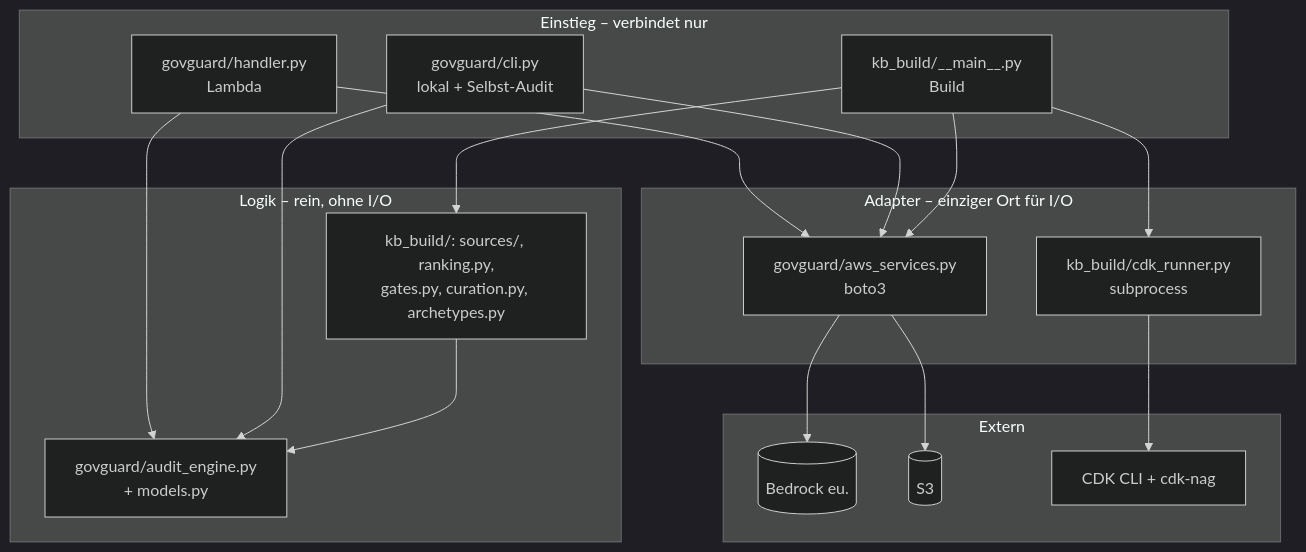
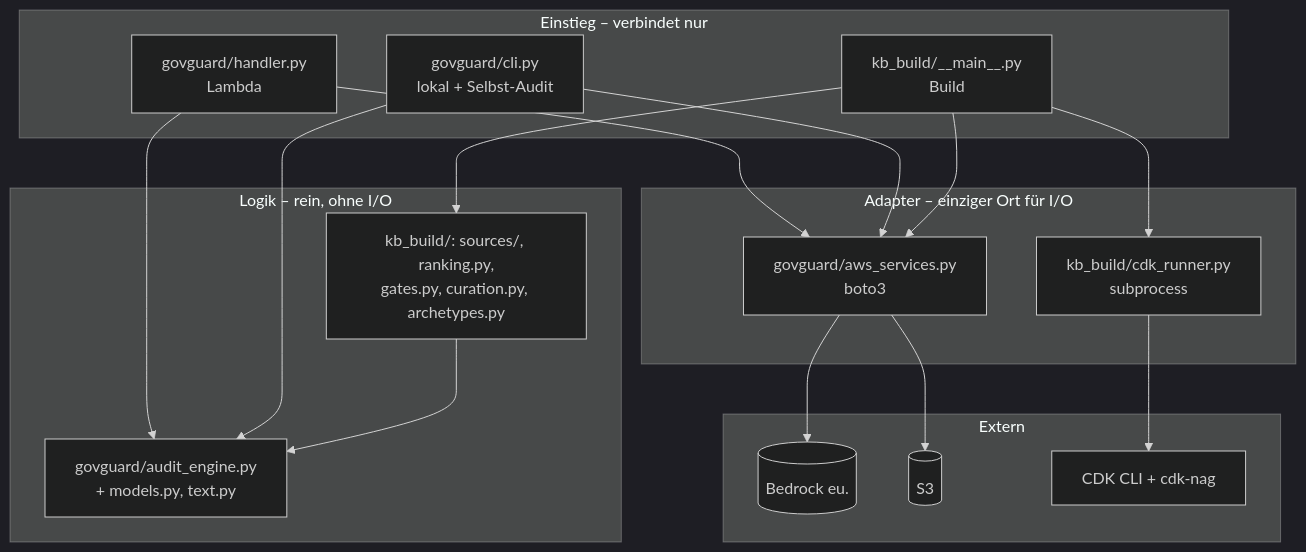
One commit to Daniel74/GovGuard changed the fourth of 4 diagrams in docs/ARCHITECTURE.md. Above: the diagram before and after it, drawn with Mermaid (dark theme). The commit also changed other lines of this file and 1 other file, not shown here.

````diff
--- a/docs/ARCHITECTURE.md
+++ b/docs/ARCHITECTURE.md
@@ -236,28 +236,28 @@
 ```mermaid
 flowchart TB
   subgraph E["Einstieg – verbindet nur"]
     H["govguard/handler.py<br/>Lambda"]
     C["govguard/cli.py<br/>lokal + Selbst-Audit"]
     M["kb_build/__main__.py<br/>Build"]
   end
   subgraph L["Logik – rein, ohne I/O"]
-    AE["govguard/audit_engine.py<br/>+ models.py"]
+    AE["govguard/audit_engine.py<br/>+ models.py, text.py"]
     KB["kb_build/: sources/, ranking.py,<br/>gates.py, curation.py, archetypes.py"]
   end
   subgraph A["Adapter – einziger Ort für I/O"]
     AWS["govguard/aws_services.py<br/>boto3"]
     CDK["kb_build/cdk_runner.py<br/>subprocess"]
   end
   subgraph X["Extern"]
     B[("Bedrock eu.")]
     S3[("S3")]
     CL["CDK CLI + cdk-nag"]
   end
   H & C --> AE
   H & C --> AWS
   M --> KB
   M --> AWS & CDK
   KB --> AE
   AWS --> B & S3
   CDK --> CL
 ```
````
